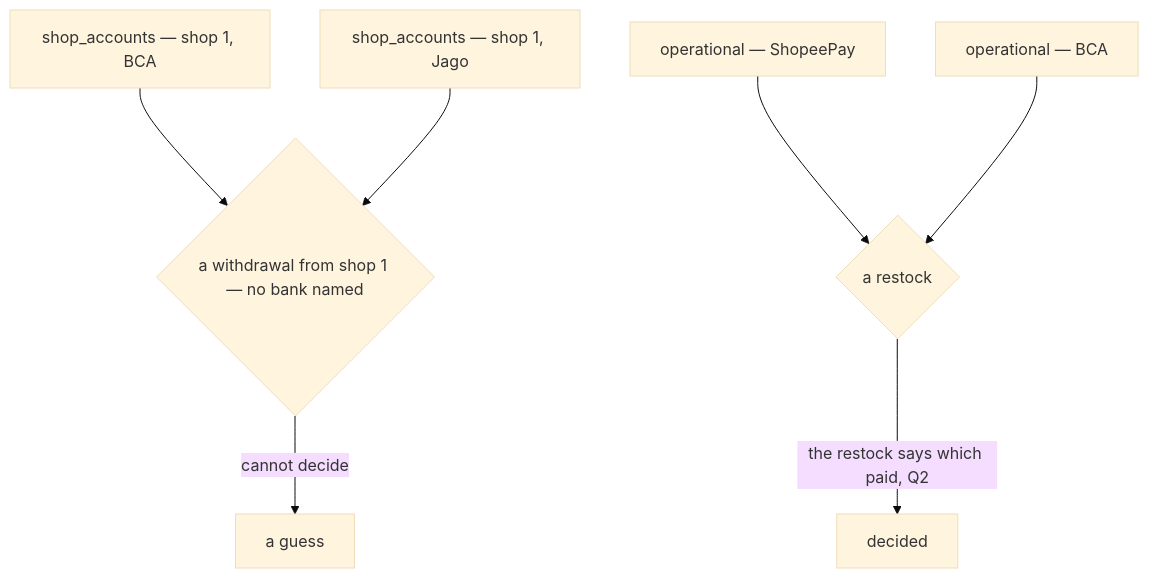
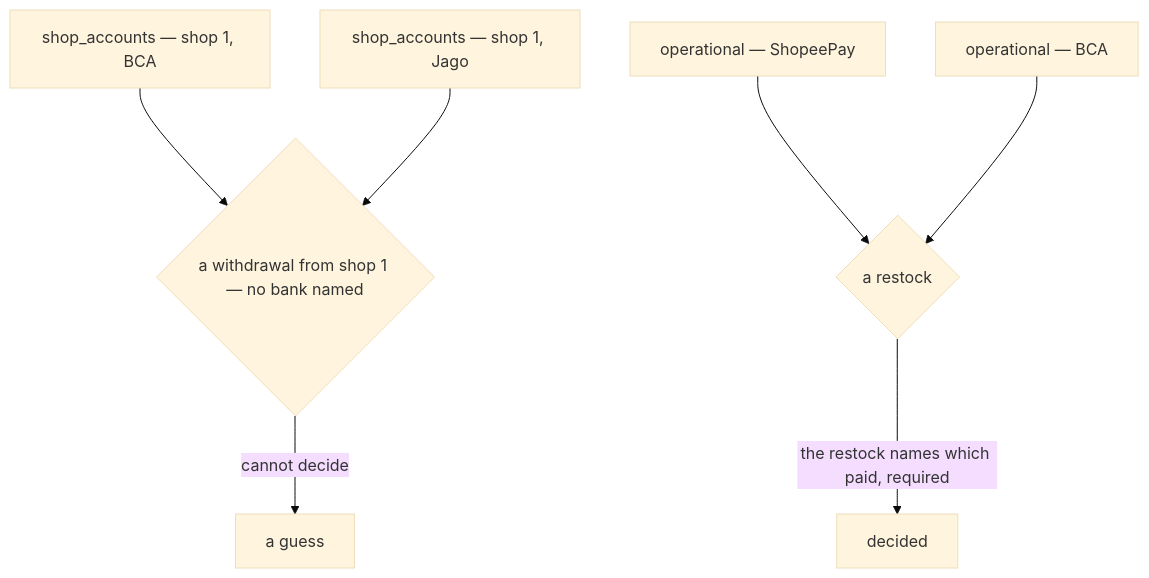
The eighth of 8 diagrams in docs/business/financial_account/context_clarify.md (pdcgo/warehouse_revamp), drawn with Mermaid (base theme) before and after one commit. The commit also changed other lines of this file and 3 other files, not shown here.

First line of the commit message:
financial_account: record Q2, Q3 and Q12 - the account that paid is required, Q13 opened

````diff
--- a/docs/business/financial_account/context_clarify.md
+++ b/docs/business/financial_account/context_clarify.md
@@ -451,9 +434,9 @@
 ```mermaid
 flowchart TB
   S1["shop_accounts — shop 1, BCA"] --> WQ{"a withdrawal from shop 1 — no bank named"}
   S2["shop_accounts — shop 1, Jago"] --> WQ
   WQ -->|"cannot decide"| GUESS["a guess"]
   O1["operational — ShopeePay"] --> RQ{"a restock"}
   O2["operational — BCA"] --> RQ
-  RQ -->|"the restock says which paid, Q2"| OK["decided"]
+  RQ -->|"the restock names which paid, required"| OK["decided"]
 ```
````
